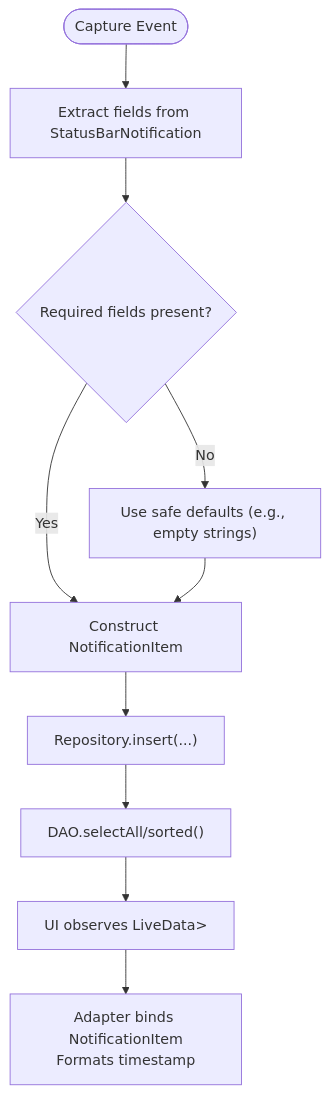
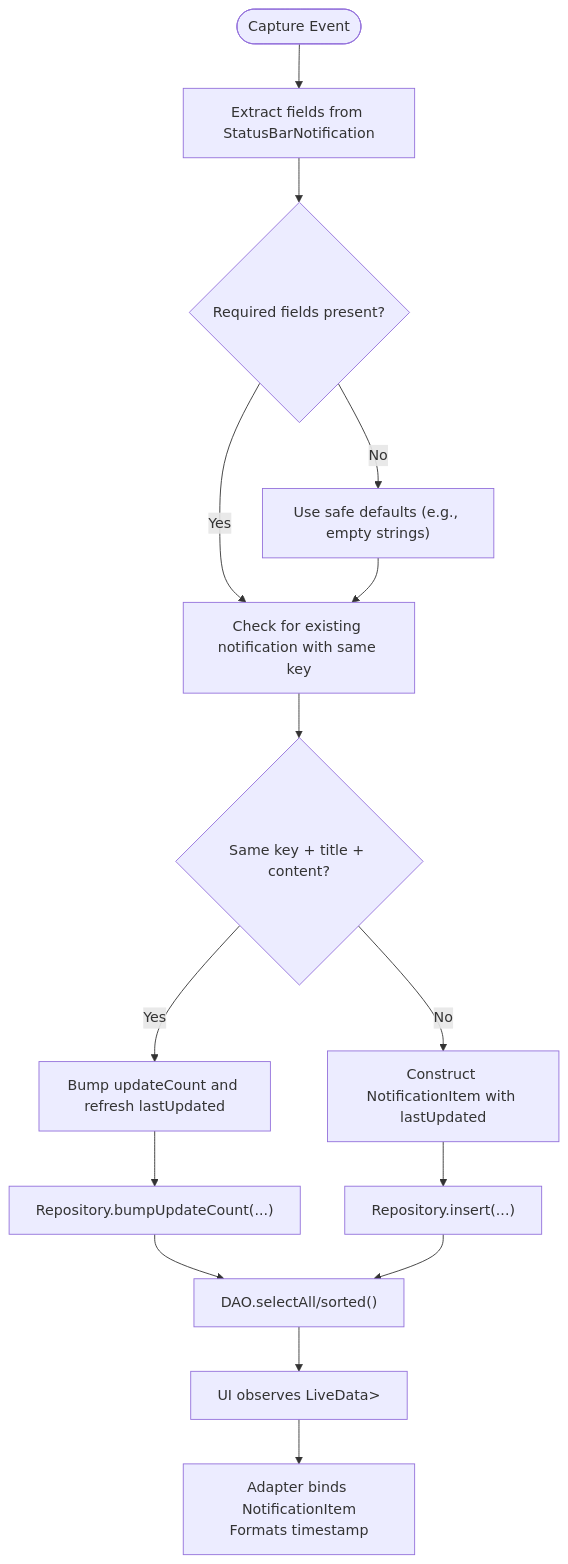
The fourth of 5 diagrams in .qoder/repowiki/en/content/Data Management/Entity Models.md (caldefoc/NotificationLog), drawn with Mermaid before and after one commit. The commit also changed other lines of this file and 13 other files, not shown here.

````diff
--- a/.qoder/repowiki/en/content/Data Management/Entity Models.md
+++ b/.qoder/repowiki/en/content/Data Management/Entity Models.md
@@ -262,12 +320,17 @@
 ```mermaid
 flowchart TD
 Start(["Capture Event"]) --> Extract["Extract fields from StatusBarNotification"]
 Extract --> Validate{"Required fields present?"}
 Validate --> |No| Fallback["Use safe defaults (e.g., empty strings)"]
-Validate --> |Yes| Build["Construct NotificationItem"]
-Fallback --> Build
-Build --> Insert["Repository.insert(...)"]
+Validate --> |Yes| CheckDup["Check for existing notification with same key"]
+Fallback --> CheckDup
+CheckDup --> DupCheck{"Same key + title + content?"}
+DupCheck --> |Yes| Bump["Bump updateCount and refresh lastUpdated"]
+DupCheck --> |No| Build["Construct NotificationItem with lastUpdated"]
+Bump --> Insert["Repository.bumpUpdateCount(...)"]
+Build --> Insert2["Repository.insert(...)"]
 Insert --> Query["DAO.selectAll/sorted()"]
+Insert2 --> Query
 Query --> UI["UI observes LiveData<List<NotificationItem>>"]
 UI --> Bind["Adapter binds NotificationItem<br/>Formats timestamp"]
 ```
````
